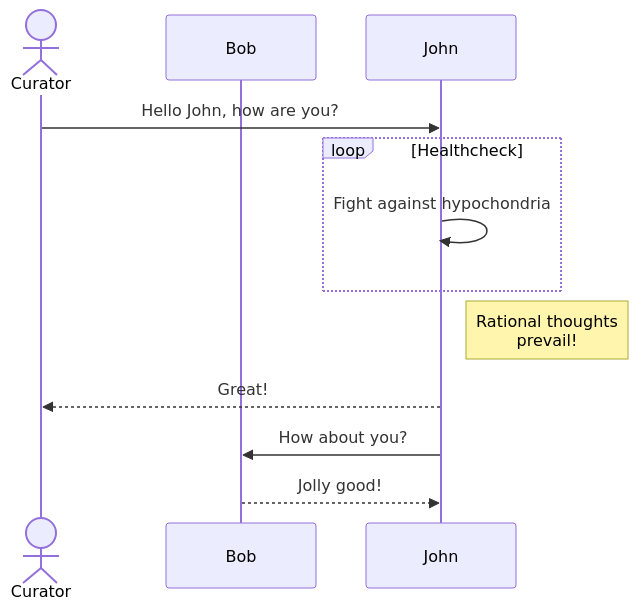
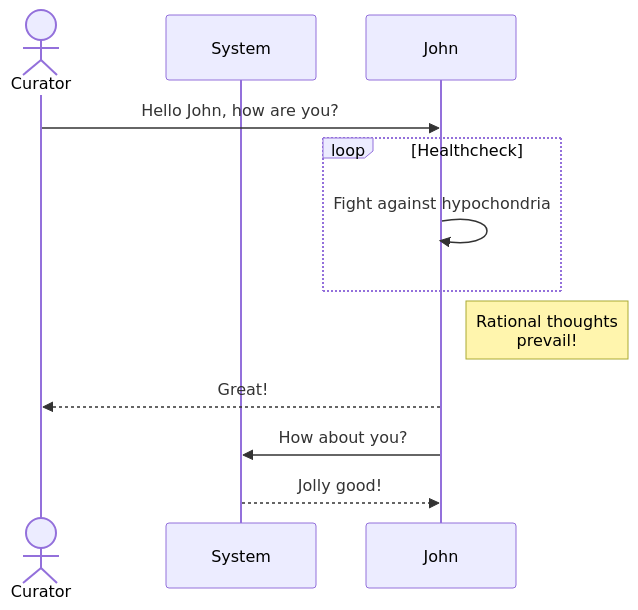
The diagram in docs/library_admin_processes.md (drew-wks/ASK), drawn with Mermaid before and after one commit.

````diff
--- a/docs/library_admin_processes.md
+++ b/docs/library_admin_processes.md
@@ -1,13 +1,13 @@
 ```mermaid
 sequenceDiagram
     actor Curator
-    participant Bob
+    participant System
     Curator->>John: Hello John, how are you?
     loop Healthcheck
         John->>John: Fight against hypochondria
     end
     Note right of John: Rational thoughts <br/>prevail!
     John-->>Curator: Great!
-    John->>Bob: How about you?
-    Bob-->>John: Jolly good!
+    John->>System: How about you?
+    System-->>John: Jolly good!
 ```
````
